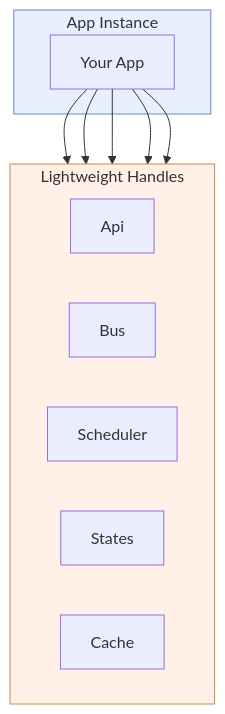
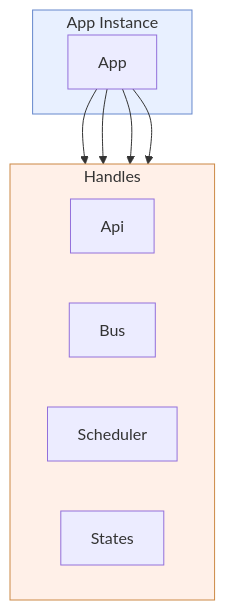
The diagram in docs/pages/core-concepts/index.md (NodeJSmith/hassette), drawn with Mermaid before and after one commit. The commit also changed other lines of this file and 430 other files, not shown here.

````diff
--- a/docs/pages/core-concepts/index.md
+++ b/docs/pages/core-concepts/index.md
@@ -108,20 +22,19 @@
 ```mermaid
 flowchart TD
     subgraph app["App Instance"]
-        APP["Your App"]
+        APP["App"]
     end
 
-    subgraph handles["Lightweight Handles"]
+    subgraph handles["Handles"]
         direction LR
         API[Api]
         BUS[Bus]
         SCHED[Scheduler]
         STATES[States]
-        CACHE[Cache]
     end
 
-    APP --> API & BUS & SCHED & STATES & CACHE
+    APP --> API & BUS & SCHED & STATES
 
     style app fill:#e8f0ff,stroke:#6688cc
     style handles fill:#fff0e8,stroke:#cc8844
 ```
````
